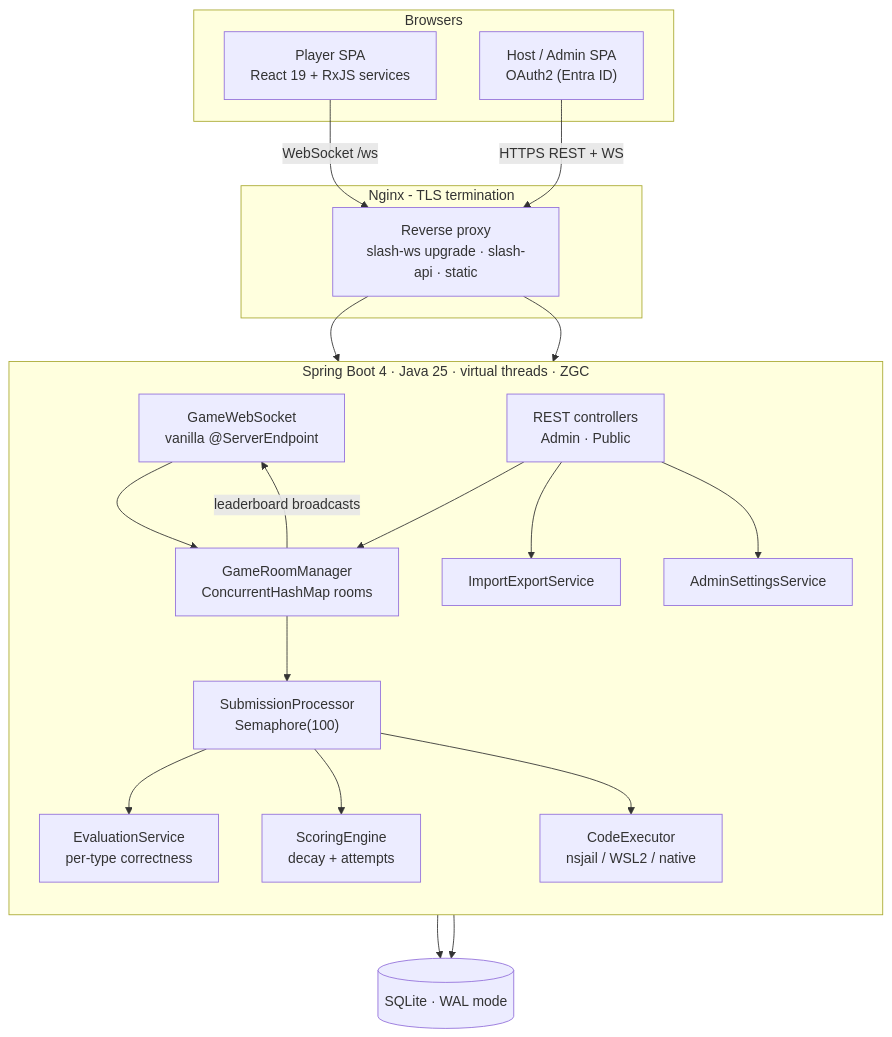
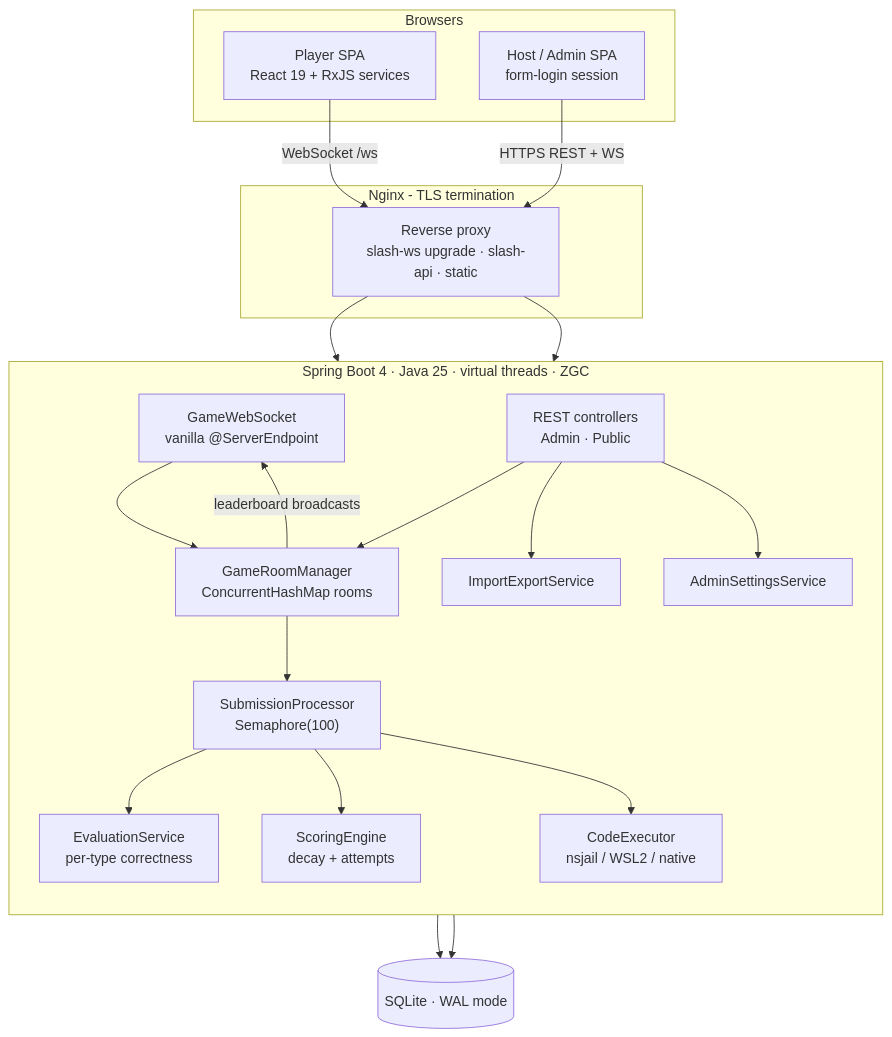
The first of 5 diagrams in docs/architecture.md (richie-rich90454/SprintJudge), drawn with Mermaid before and after one commit. The commit also changed other lines of this file, not shown here.

Commit message:
fix(docs): form login and autosized judge in architecture

````diff
--- a/docs/architecture.md
+++ b/docs/architecture.md
@@ -8,42 +8,42 @@
 ```mermaid
 flowchart TB
     subgraph Clients["Browsers"]
         P["Player SPA<br/>React 19 + RxJS services"]
-        H["Host / Admin SPA<br/>OAuth2 (Entra ID)"]
+        H["Host / Admin SPA<br/>form-login session"]
     end
 
     subgraph Edge["Nginx - TLS termination"]
         N["Reverse proxy<br/>slash-ws upgrade · slash-api · static"]
     end
 
     subgraph App["Spring Boot 4 · Java 25 · virtual threads · ZGC"]
         direction TB
         WS["GameWebSocket<br/>vanilla @ServerEndpoint"]
         REST["REST controllers<br/>Admin · Public"]
         GRM["GameRoomManager<br/>ConcurrentHashMap rooms"]
         EV["EvaluationService<br/>per-type correctness"]
         SC["ScoringEngine<br/>decay + attempts"]
         SP["SubmissionProcessor<br/>Semaphore(100)"]
         EXC["CodeExecutor<br/>nsjail / WSL2 / native"]
         IE2["ImportExportService"]
         AS2["AdminSettingsService"]
     end
 
     DB[("SQLite · WAL mode")]
 
     P -->|WebSocket /ws| N
     H -->|HTTPS REST + WS| N
     N --> WS
     N --> REST
     REST --> GRM
     REST --> IE2
     REST --> AS2
     WS --> GRM
     GRM --> SP
     SP --> EV
     SP --> SC
     SP --> EXC
     GRM -->|"leaderboard broadcasts"| WS
     GRM --> DB
     SP --> DB
 ```
````
